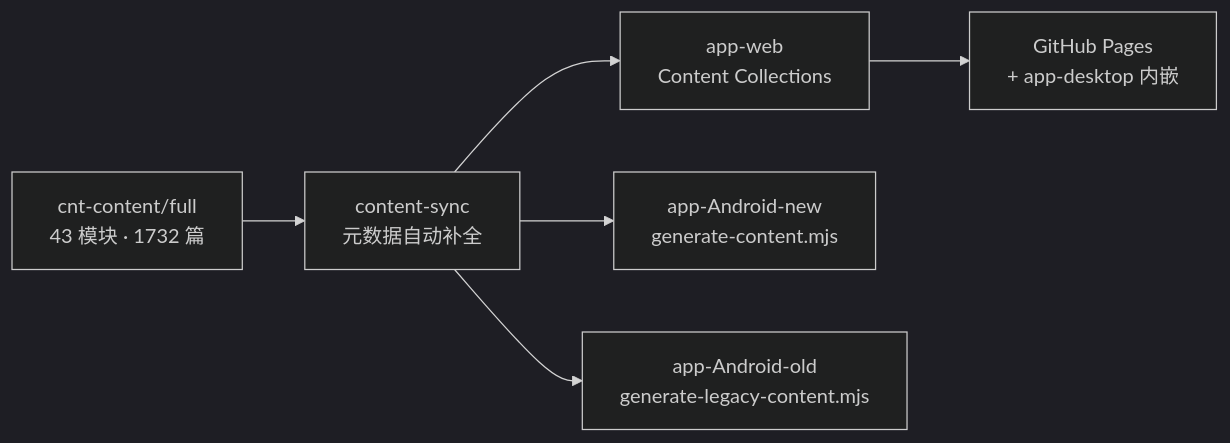
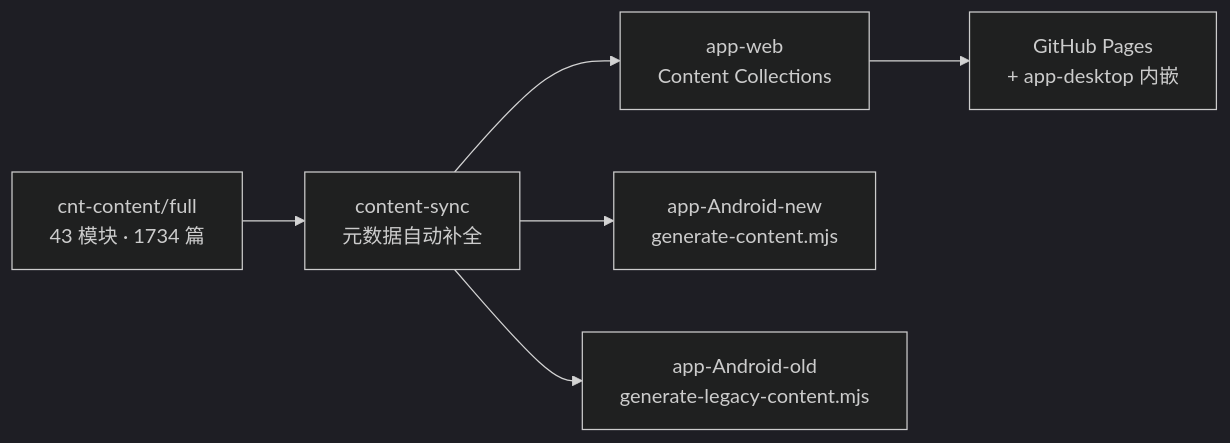
Before and after one commit to fanquanpp/FANDEX: the diagram in README.md, drawn with Mermaid (dark theme). The commit also changed other lines of this file and 2 other files, not shown here.

````diff
--- a/README.md
+++ b/README.md
@@ -136,8 +136,8 @@
 ```mermaid
 flowchart LR
-    A["cnt-content/full\n43 模块 · 1732 篇"] --> B["content-sync\n元数据自动补全"]
+    A["cnt-content/full\n43 模块 · 1734 篇"] --> B["content-sync\n元数据自动补全"]
     B --> C["app-web\nContent Collections"]
     B --> D["app-Android-new\ngenerate-content.mjs"]
     B --> E["app-Android-old\ngenerate-legacy-content.mjs"]
     C --> F["GitHub Pages\n+ app-desktop 内嵌"]
 ```
````
